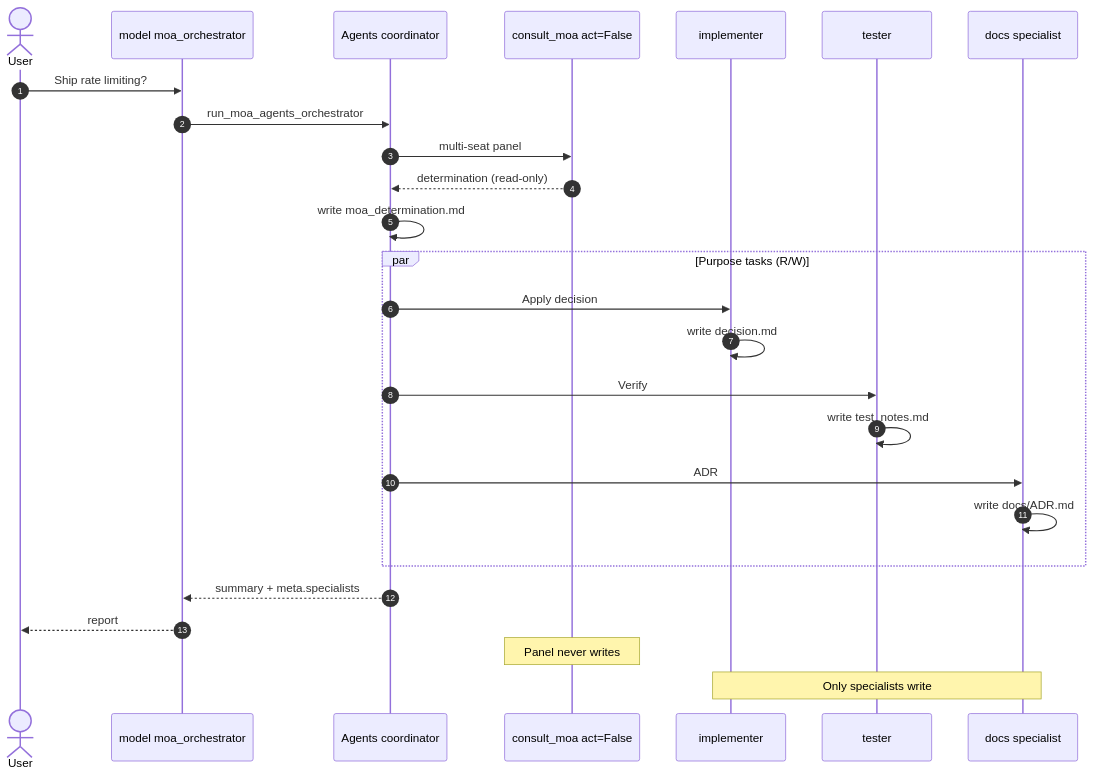
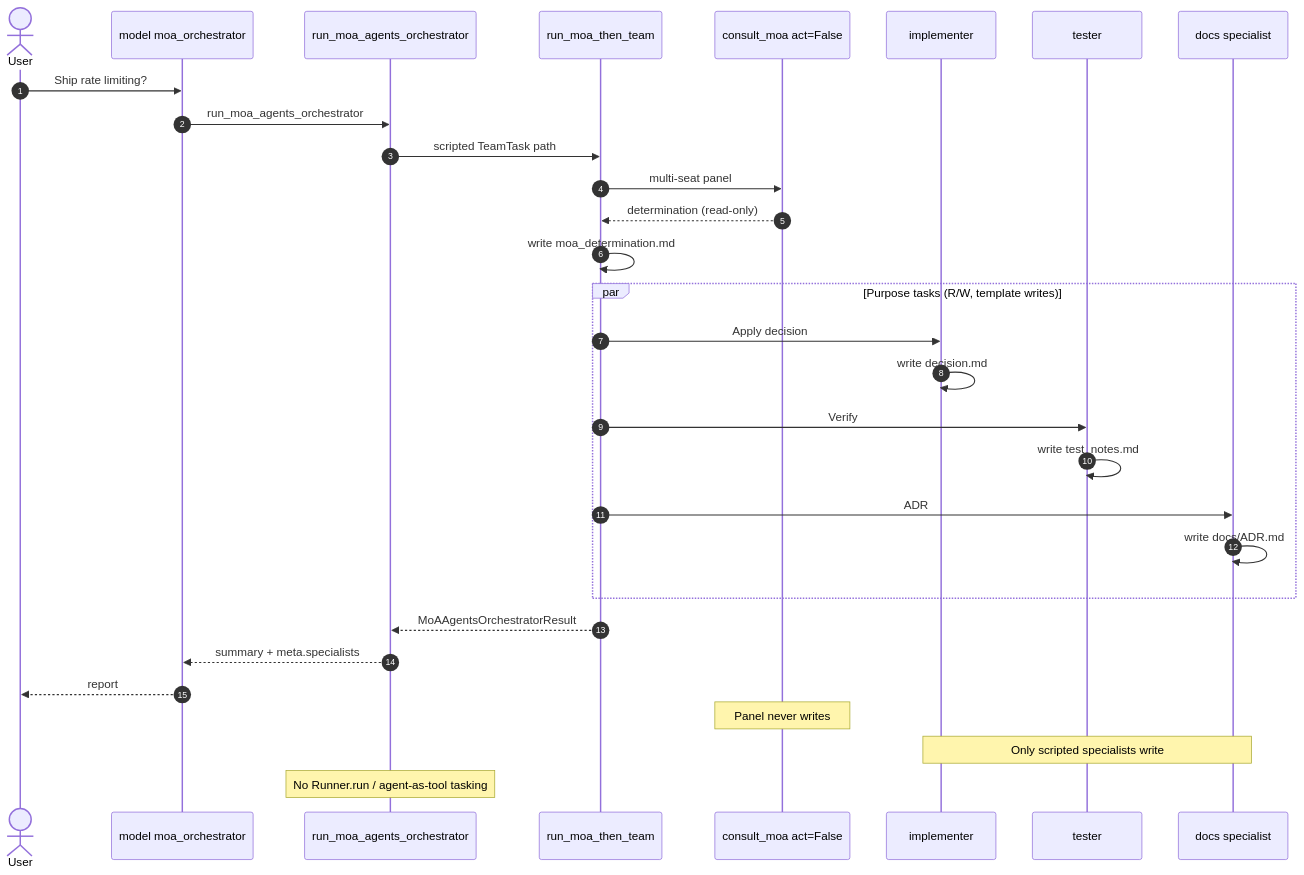
The third of 3 diagrams in docs/examples/moa-orchestrator/README.md (matthewhand/open-swarm), drawn with Mermaid before and after one commit. The commit also changed other lines of this file and 46 other files, not shown here.

First line of the commit message:
feat(moa): harden team path from multi-agent audit fan-out

````diff
--- a/docs/examples/moa-orchestrator/README.md
+++ b/docs/examples/moa-orchestrator/README.md
@@ -127,29 +135,33 @@
 ```mermaid
 sequenceDiagram
     autonumber
     actor User
     participant API as model moa_orchestrator
-    participant Coord as Agents coordinator
+    participant Coord as run_moa_agents_orchestrator
+    participant Team as run_moa_then_team
     participant MoA as consult_moa act=False
     participant Imp as implementer
     participant Tst as tester
     participant Docs as docs specialist
 
     User->>API: Ship rate limiting?
     API->>Coord: run_moa_agents_orchestrator
-    Coord->>MoA: multi-seat panel
-    MoA-->>Coord: determination (read-only)
-    Coord->>Coord: write moa_determination.md
-    par Purpose tasks (R/W)
-        Coord->>Imp: Apply decision
+    Coord->>Team: scripted TeamTask path
+    Team->>MoA: multi-seat panel
+    MoA-->>Team: determination (read-only)
+    Team->>Team: write moa_determination.md
+    par Purpose tasks (R/W, template writes)
+        Team->>Imp: Apply decision
         Imp->>Imp: write decision.md
-        Coord->>Tst: Verify
+        Team->>Tst: Verify
         Tst->>Tst: write test_notes.md
-        Coord->>Docs: ADR
+        Team->>Docs: ADR
         Docs->>Docs: write docs/ADR.md
     end
+    Team-->>Coord: MoAAgentsOrchestratorResult
     Coord-->>API: summary + meta.specialists
     API-->>User: report
     Note over MoA: Panel never writes
-    Note over Imp,Docs: Only specialists write
+    Note over Imp,Docs: Only scripted specialists write
+    Note over Coord: No Runner.run / agent-as-tool tasking
 ```
````
